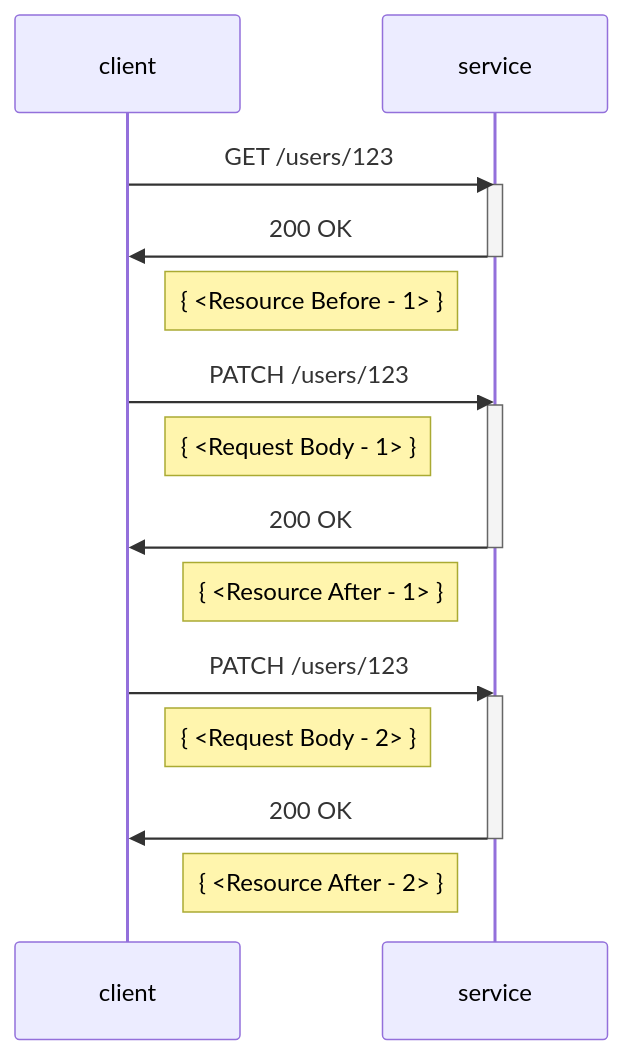
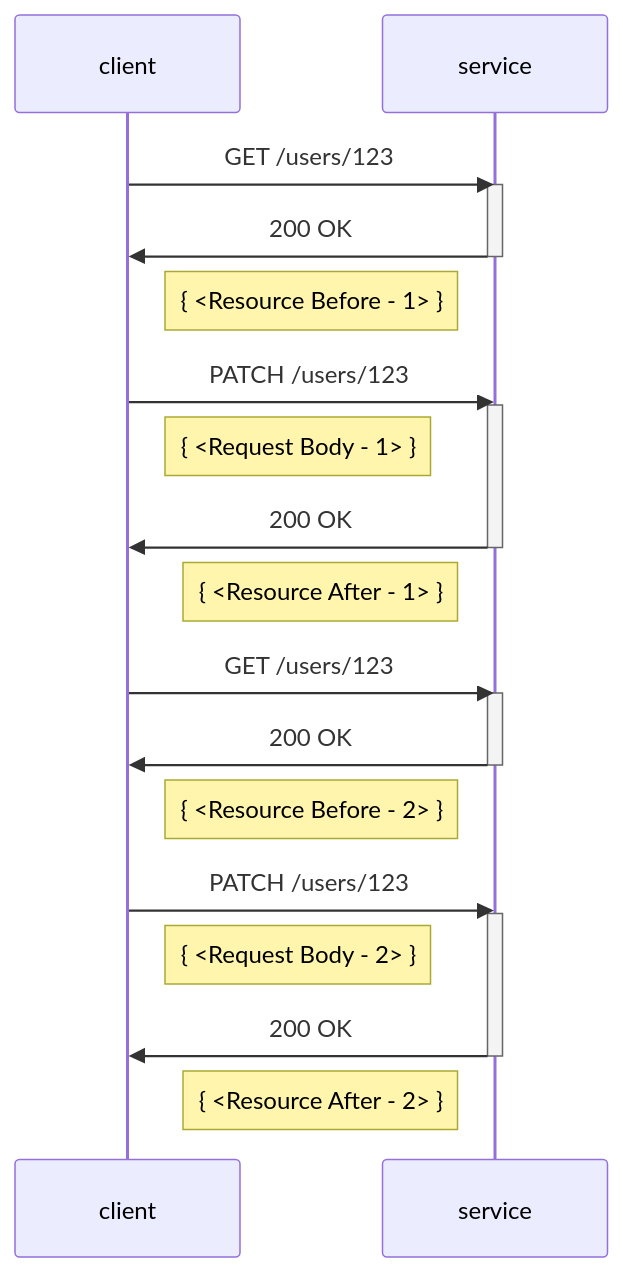
One commit to annelo-msft/gists changed the fifth of 5 diagrams in patch-models/samples.md. Above: the diagram before and after it, drawn with Mermaid. The commit also changed other lines of this file, not shown here.

````diff
--- a/patch-models/samples.md
+++ b/patch-models/samples.md
@@ -548,20 +556,25 @@
 ```mermaid
 sequenceDiagram
     client->>service: GET /users/123
     activate service
     service->>client: 200 OK
     deactivate service
     Note left of service: { <Resource Before - 1> }
     client->>service: PATCH /users/123
     activate service
     Note right of client: { <Request Body - 1> }
     service->>client: 200 OK
     deactivate service
     Note left of service: { <Resource After - 1> }
+    client->>service: GET /users/123
+    activate service
+    service->>client: 200 OK
+    deactivate service
+    Note left of service: { <Resource Before - 2> }
     client->>service: PATCH /users/123
     activate service
     Note right of client: { <Request Body - 2> }
     service->>client: 200 OK
     deactivate service
     Note left of service: { <Resource After - 2> }
 ```
````
